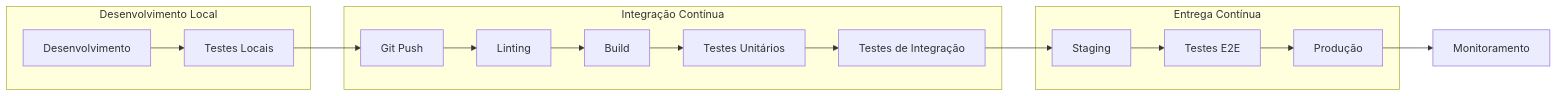
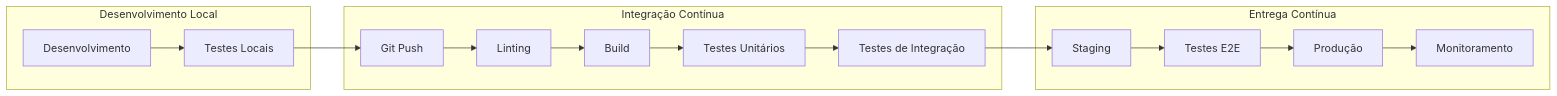
The tenth of 12 diagrams in README.md (thespamer/propos4l), drawn with Mermaid before and after one commit. The commit also changed other lines of this file and 37 other files, not shown here.

````diff
--- a/README.md
+++ b/README.md
@@ -328,23 +370,35 @@
 ```mermaid
 flowchart LR
     subgraph Local["Desenvolvimento Local"]
-        Dev["Desenvolvimento"] --> Test["Testes Locais"]
+        Dev["Desenvolvimento"]
+        Test["Testes Locais"]
+        Dev --> Test
     end
     
     subgraph CI["Integração Contínua"]
-        Push["Git Push"] --> Lint["Linting"]
-        Lint --> Build["Build"]
-        Build --> UnitTest["Testes Unitários"]
-        UnitTest --> IntegTest["Testes de Integração"]
+        Push["Git Push"]
+        Lint["Linting"]
+        Build["Build"]
+        UnitTest["Testes Unitários"]
+        IntegTest["Testes de Integração"]
+        
+        Push --> Lint
+        Lint --> Build
+        Build --> UnitTest
+        UnitTest --> IntegTest
     end
     
-    
     subgraph CD["Entrega Contínua"]
-        IntegTest --> Stage["Staging"]
-        Stage --> E2E["Testes E2E"]
-        E2E --> Prod["Produção"]
+        Stage["Staging"]
+        E2E["Testes E2E"]
+        Prod["Produção"]
+        Monitor["Monitoramento"]
+        
+        IntegTest --> Stage
+        Stage --> E2E
+        E2E --> Prod
+        Prod --> Monitor
     end
     
     Test --> Push
-    Prod --> Monitor["Monitoramento"]
 ```
````
